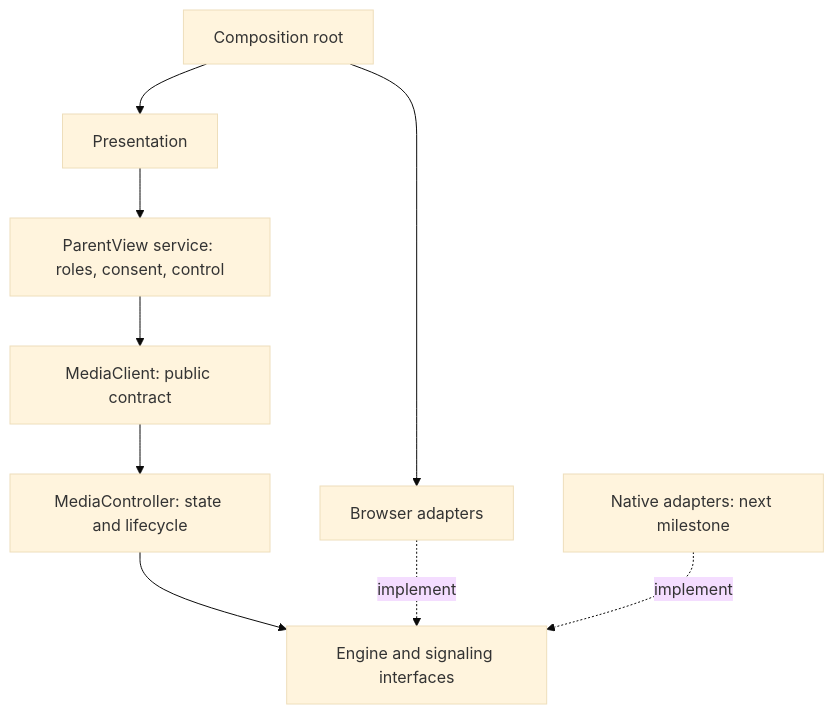
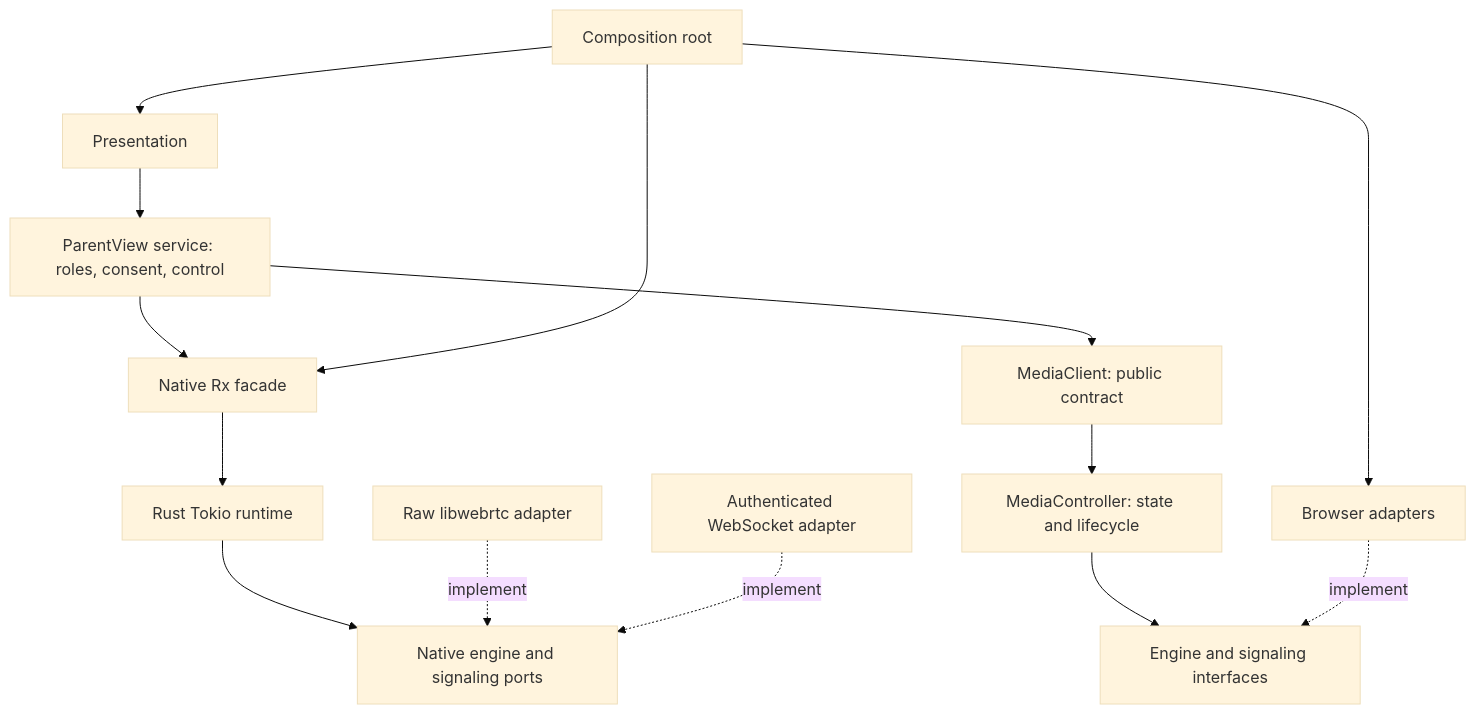
One commit to 4sizn/pv changed the diagram in docs/architecture.md. Above: the diagram before and after it, drawn with Mermaid (base theme). The commit also changed other lines of this file and 50 other files, not shown here.

Commit message:
feat: add native WebRTC data runtime and Tauri bridge

````diff
--- a/docs/architecture.md
+++ b/docs/architecture.md
@@ -7,11 +7,16 @@
 ```mermaid
 flowchart TD
   UI[Presentation] --> App[ParentView service: roles, consent, control]
   App --> Client[MediaClient: public contract]
   Client --> Runtime[MediaController: state and lifecycle]
   Runtime --> Ports[Engine and signaling interfaces]
   Browser[Browser adapters] -. implement .-> Ports
-  Native[Native adapters: next milestone] -. implement .-> Ports
+  NativeFacade[Native Rx facade] --> NativeRuntime[Rust Tokio runtime]
+  NativeRuntime --> NativePorts[Native engine and signaling ports]
+  NativeEngine[Raw libwebrtc adapter] -. implement .-> NativePorts
+  NativeSocket[Authenticated WebSocket adapter] -. implement .-> NativePorts
+  App --> NativeFacade
+  Composition --> NativeFacade
   Composition[Composition root] --> UI
   Composition --> Browser
 ```
````
